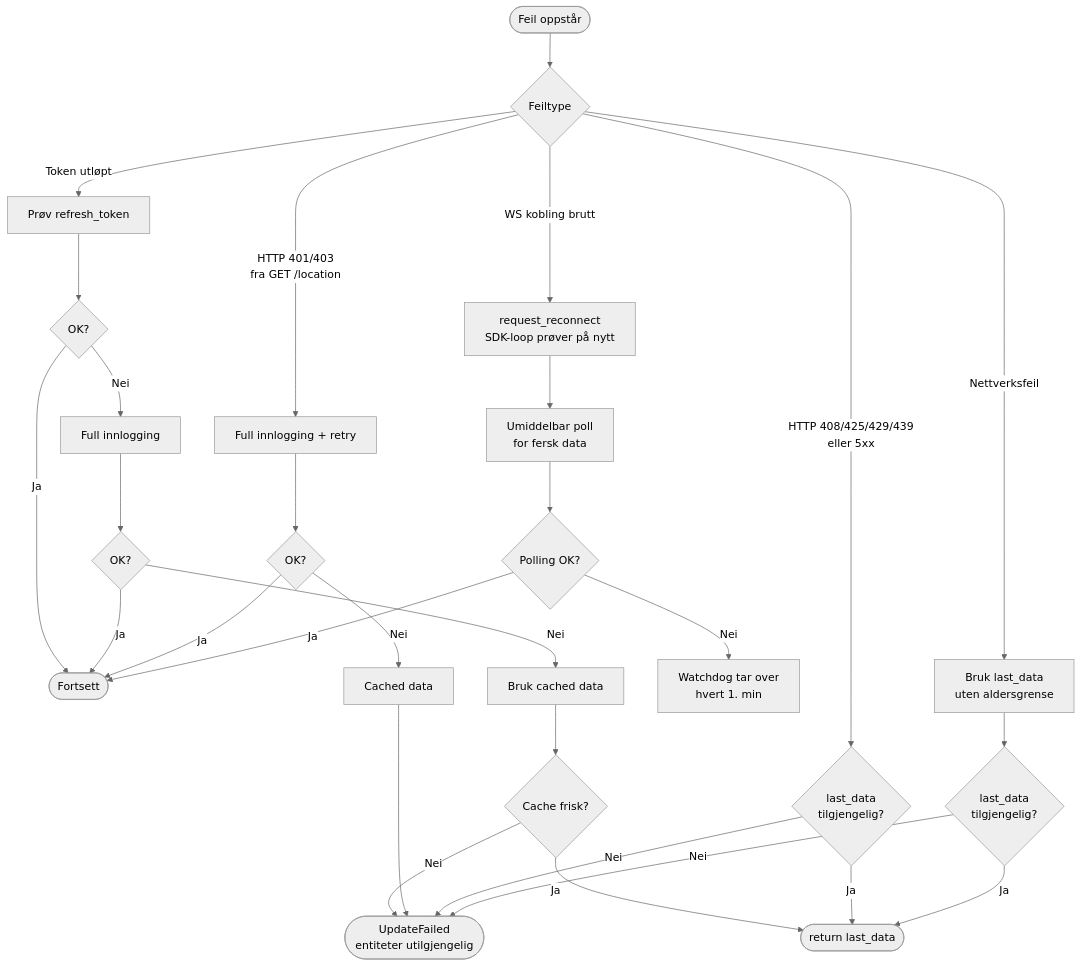
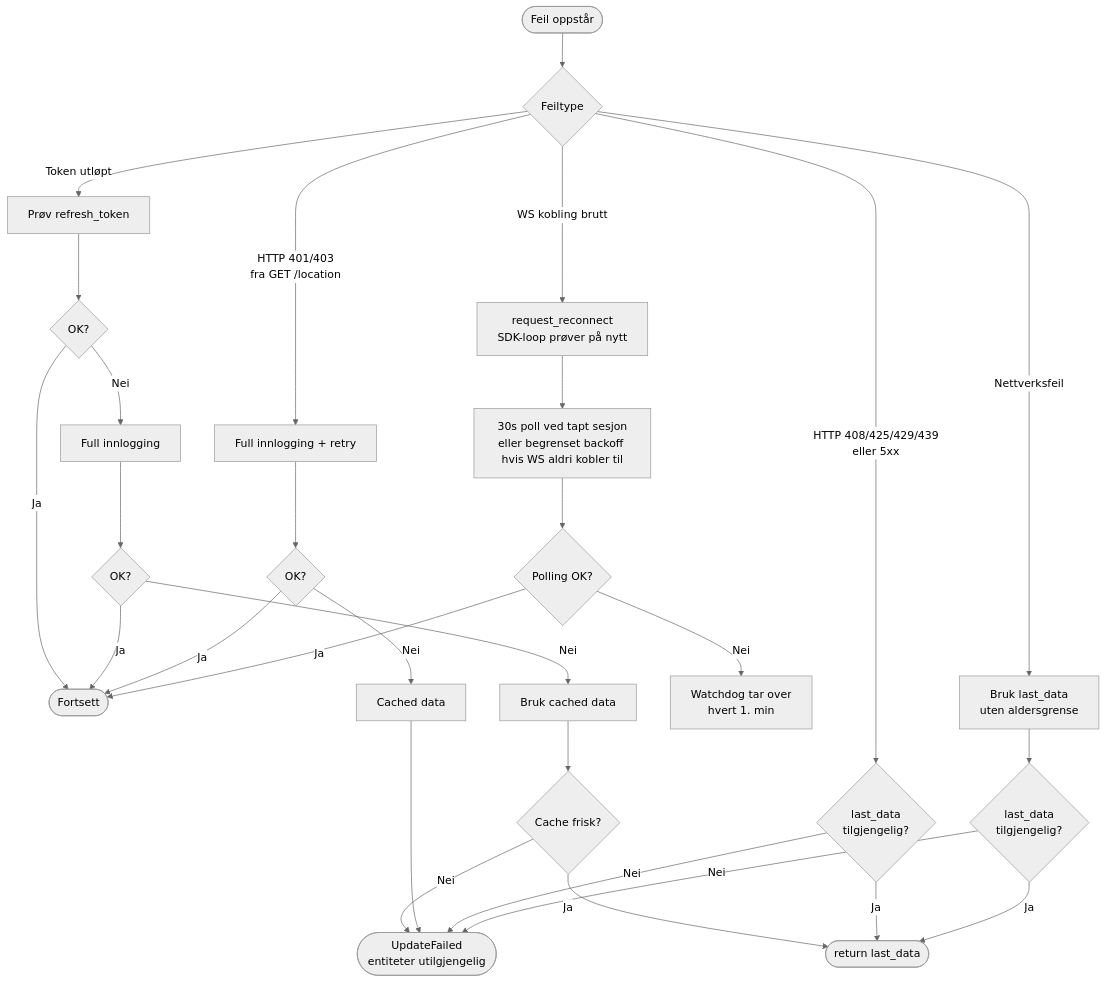
One commit to ludvikroed/homely-integration changed the eighth of 8 diagrams in ARCHITECTURE.md. Above: the diagram before and after it, drawn with Mermaid (neutral theme). The commit also changed other lines of this file and 4 other files, not shown here.

````diff
--- a/ARCHITECTURE.md
+++ b/ARCHITECTURE.md
@@ -305,36 +306,36 @@
 ```mermaid
 flowchart TD
     ERR([Feil oppstår]) --> TYPE{Feiltype}
 
     TYPE -->|Token utløpt| TF1[Prøv refresh_token]
     TF1 --> TF2{OK?}
     TF2 -->|Ja| CONTINUE([Fortsett])
     TF2 -->|Nei| TF3[Full innlogging]
     TF3 --> TF4{OK?}
     TF4 -->|Ja| CONTINUE
     TF4 -->|Nei| TF5[Bruk cached data]
     TF5 --> TF6{Cache frisk?}
     TF6 -->|Ja| RETCACHE([return last_data])
     TF6 -->|Nei| FAIL1([UpdateFailed\nentiteter utilgjengelig])
 
     TYPE -->|HTTP 401/403\nfra GET /location| RF1[Full innlogging + retry]
     RF1 --> RF2{OK?}
     RF2 -->|Ja| CONTINUE
     RF2 -->|Nei| RF3[Cached data]
     RF3 --> FAIL1
 
     TYPE -->|HTTP 408/425/429/439\neller 5xx| TR1{last_data\ntilgjengelig?}
     TR1 -->|Ja| RETCACHE
     TR1 -->|Nei| FAIL1
 
     TYPE -->|WS kobling brutt| WF1[request_reconnect\nSDK-loop prøver på nytt]
-    WF1 --> WF2[Umiddelbar poll\nfor fersk data]
+    WF1 --> WF2[30s poll ved tapt sesjon\neller begrenset backoff hvis WS aldri kobler til]
     WF2 --> WF3{Polling OK?}
     WF3 -->|Ja| CONTINUE
     WF3 -->|Nei| WF4[Watchdog tar over\nhvert 1. min]
 
     TYPE -->|Nettverksfeil| NF1[Bruk last_data\nuten aldersgrense]
     NF1 --> NF2{last_data\ntilgjengelig?}
     NF2 -->|Ja| RETCACHE
     NF2 -->|Nei| FAIL1
 ```
````
